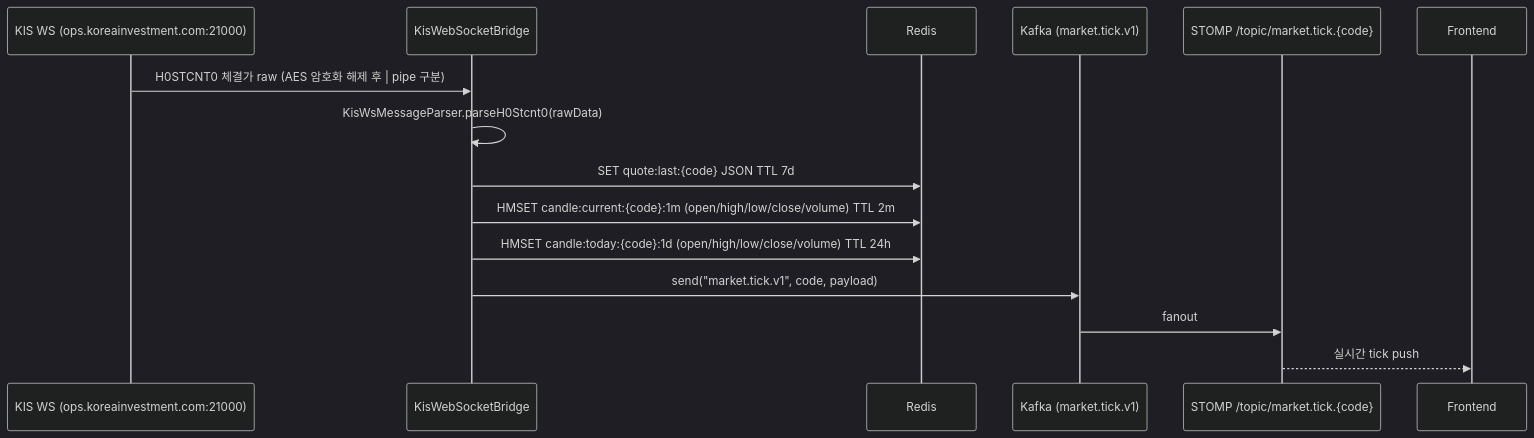
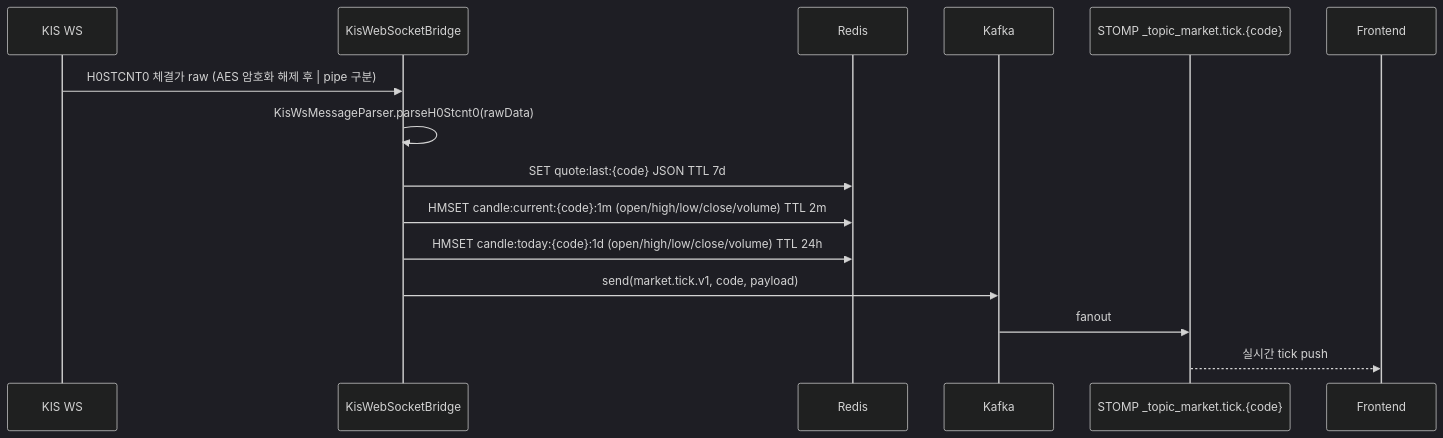
The eighth of 12 diagrams in _workspace/baseline/v3.1.0/02-data-flow.md (sp-daewoon/magicJar), drawn with Mermaid (dark theme) before and after one commit. The commit also changed other lines of this file and 9 other files, not shown here.

First line of the commit message:
fix(baseline+script): Mermaid 10 syntax error 일괄 정정

````diff
--- a/_workspace/baseline/v3.1.0/02-data-flow.md
+++ b/_workspace/baseline/v3.1.0/02-data-flow.md
@@ -249,18 +249,18 @@
 ```mermaid
 sequenceDiagram
-    participant KISWS as KIS WS (ops.koreainvestment.com:21000)
+    participant KISWS as KIS WS
     participant BRIDGE as KisWebSocketBridge
     participant REDIS as Redis
-    participant KAFKA as Kafka (market.tick.v1)
-    participant STOMP as STOMP /topic/market.tick.{code}
+    participant KAFKA as Kafka
+    participant STOMP as STOMP _topic_market.tick.{code}
     participant FE as Frontend
 
     KISWS->>BRIDGE: H0STCNT0 체결가 raw (AES 암호화 해제 후 | pipe 구분)
     BRIDGE->>BRIDGE: KisWsMessageParser.parseH0Stcnt0(rawData)
     BRIDGE->>REDIS: SET quote:last:{code} JSON TTL 7d
     BRIDGE->>REDIS: HMSET candle:current:{code}:1m (open/high/low/close/volume) TTL 2m
     BRIDGE->>REDIS: HMSET candle:today:{code}:1d (open/high/low/close/volume) TTL 24h
-    BRIDGE->>KAFKA: send("market.tick.v1", code, payload)
+    BRIDGE->>KAFKA: send(market.tick.v1, code, payload)
     KAFKA->>STOMP: fanout
     STOMP-->>FE: 실시간 tick push
 ```
````
